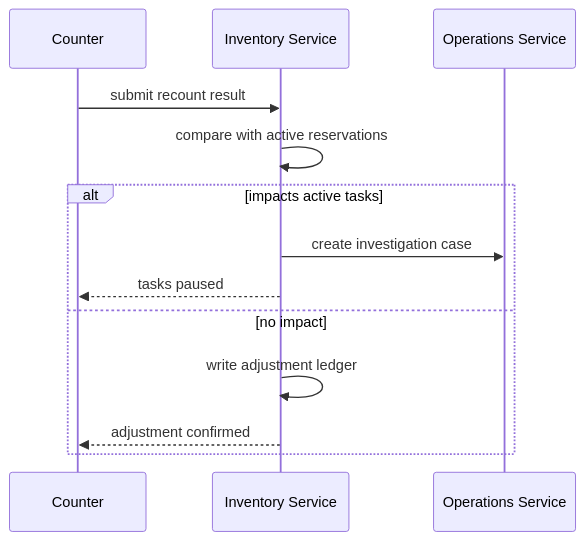
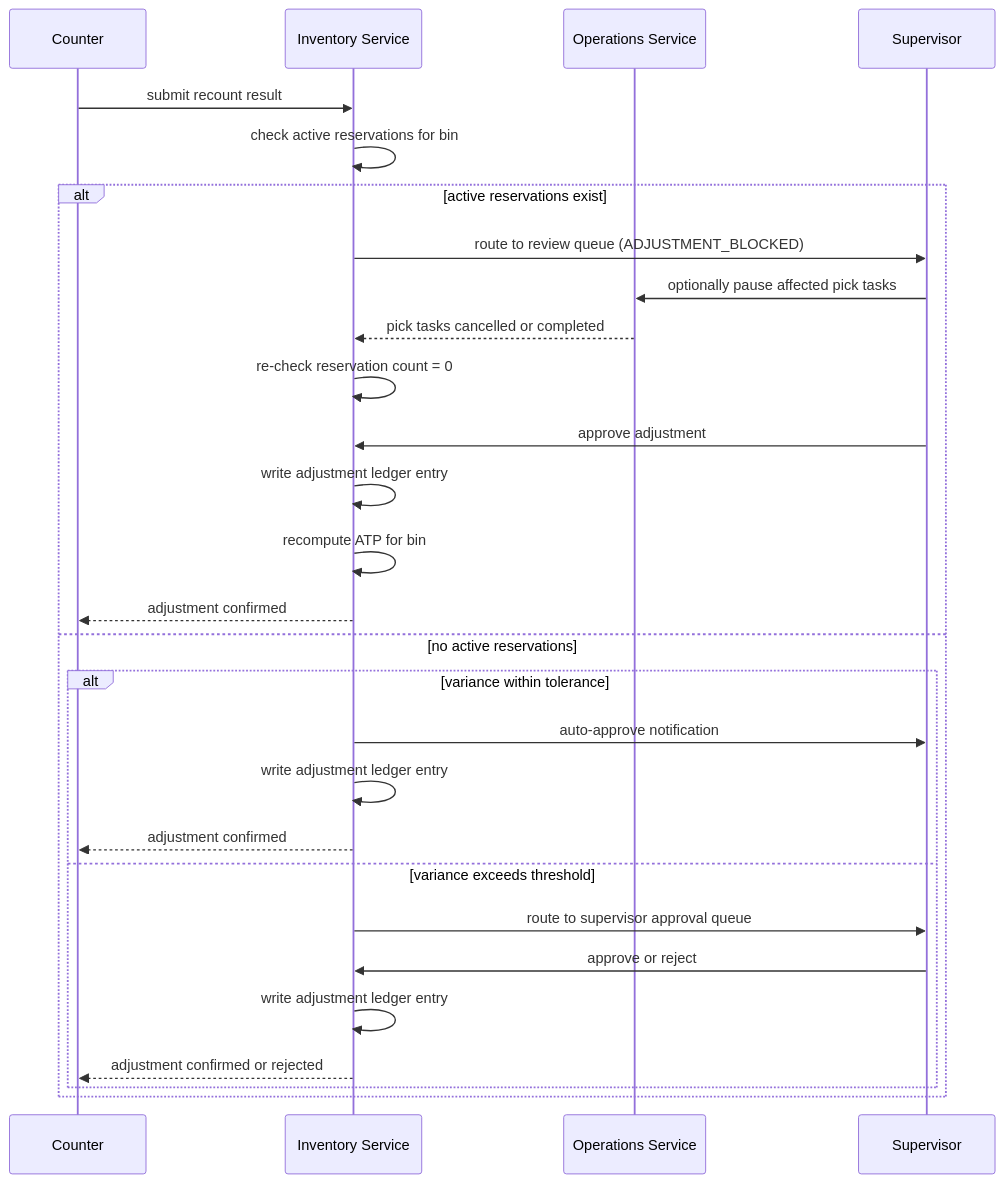
The diagram in Warehouse Management System/edge-cases/cycle-count-adjustments.md (0Ankit0/Project-Ideas), drawn with Mermaid before and after one commit. The commit also changed other lines of this file and 30 other files, not shown here.

````diff
--- a/Warehouse Management System/edge-cases/cycle-count-adjustments.md
+++ b/Warehouse Management System/edge-cases/cycle-count-adjustments.md
@@ -15,16 +70,31 @@
 ```mermaid
 sequenceDiagram
     participant Counter
     participant INV as Inventory Service
     participant OPS as Operations Service
+    participant SUP as Supervisor
 
     Counter->>INV: submit recount result
-    INV->>INV: compare with active reservations
-    alt impacts active tasks
-      INV->>OPS: create investigation case
-      INV-->>Counter: tasks paused
-    else no impact
-      INV->>INV: write adjustment ledger
-      INV-->>Counter: adjustment confirmed
+    INV->>INV: check active reservations for bin
+    alt active reservations exist
+        INV->>SUP: route to review queue (ADJUSTMENT_BLOCKED)
+        SUP->>OPS: optionally pause affected pick tasks
+        OPS-->>INV: pick tasks cancelled or completed
+        INV->>INV: re-check reservation count = 0
+        SUP->>INV: approve adjustment
+        INV->>INV: write adjustment ledger entry
+        INV->>INV: recompute ATP for bin
+        INV-->>Counter: adjustment confirmed
+    else no active reservations
+        alt variance within tolerance
+            INV->>SUP: auto-approve notification
+            INV->>INV: write adjustment ledger entry
+            INV-->>Counter: adjustment confirmed
+        else variance exceeds threshold
+            INV->>SUP: route to supervisor approval queue
+            SUP->>INV: approve or reject
+            INV->>INV: write adjustment ledger entry
+            INV-->>Counter: adjustment confirmed or rejected
+        end
     end
 ```
````
